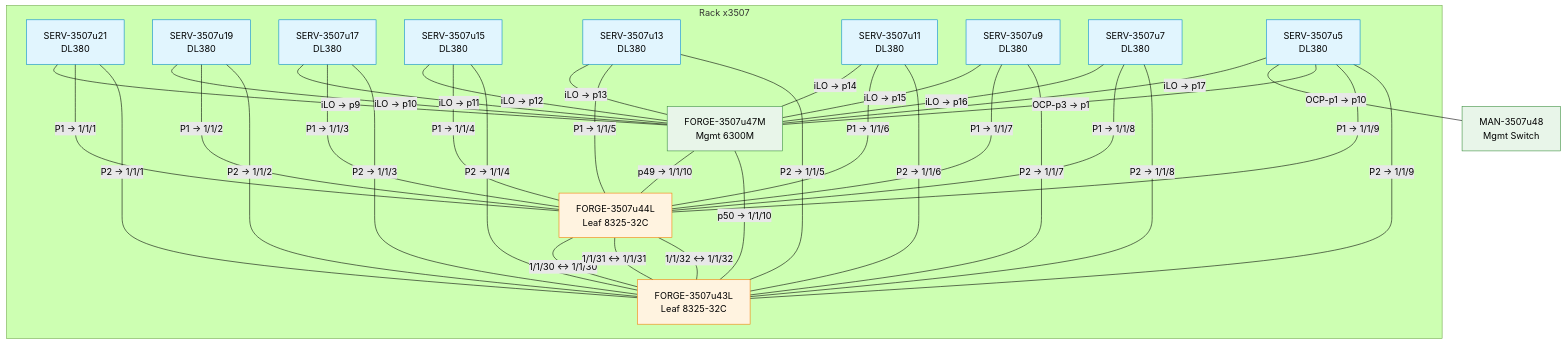
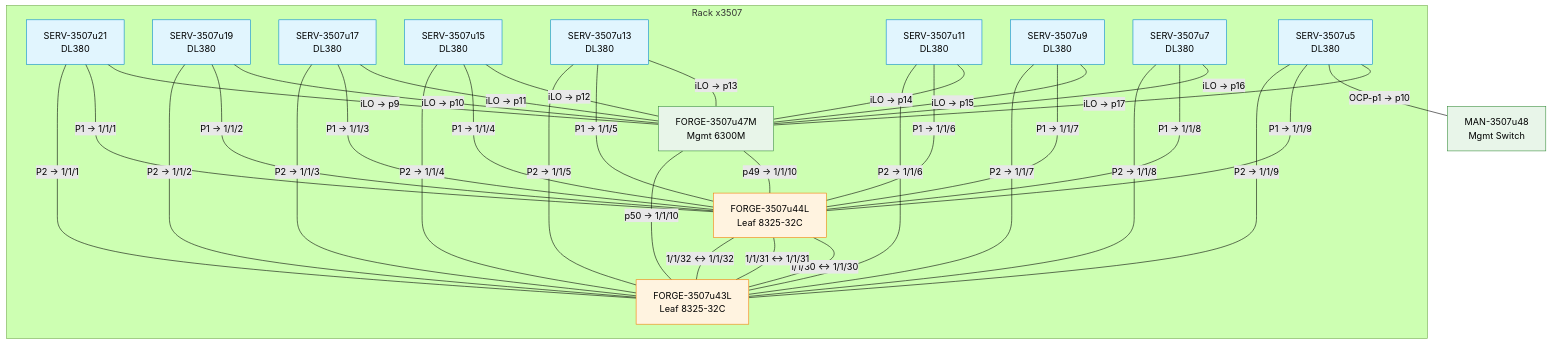
One commit to Cray-HPE/cani changed the second of 3 diagrams in gnv2.md. Above: the diagram before and after it, drawn with Mermaid (forest theme). The commit also changed other lines of this file, not shown here.

````diff
--- a/gnv2.md
+++ b/gnv2.md
@@ -74,68 +71,67 @@
 ```mermaid
 graph TB
     classDef server fill:#e1f5fe,stroke:#0288d1,color:#000
     classDef mgmt fill:#e8f5e9,stroke:#388e3c,color:#000
     classDef leaf fill:#fff3e0,stroke:#f57c00,color:#000
 
     subgraph x3507["Rack x3507"]
         SERV21["SERV-3507u21<br/>DL380"]:::server
         SERV19["SERV-3507u19<br/>DL380"]:::server
         SERV17["SERV-3507u17<br/>DL380"]:::server
         SERV15["SERV-3507u15<br/>DL380"]:::server
         SERV13["SERV-3507u13<br/>DL380"]:::server
         SERV11["SERV-3507u11<br/>DL380"]:::server
         SERV9["SERV-3507u9<br/>DL380"]:::server
         SERV7["SERV-3507u7<br/>DL380"]:::server
         SERV5["SERV-3507u5<br/>DL380"]:::server
         FORGE3507u47M["FORGE-3507u47M<br/>Mgmt 6300M"]:::mgmt
         FORGE3507u44L["FORGE-3507u44L<br/>Leaf 8325-32C"]:::leaf
         FORGE3507u43L["FORGE-3507u43L<br/>Leaf 8325-32C"]:::leaf
     end
 
     MAN3507u48["MAN-3507u48<br/>Mgmt Switch"]:::mgmt
 
     %% ── LAYER 1: Management iLO (1GbE, CAT6) ──
 
     SERV21 -- "iLO → p9" --- FORGE3507u47M
     SERV19 -- "iLO → p10" --- FORGE3507u47M
     SERV17 -- "iLO → p11" --- FORGE3507u47M
     SERV15 -- "iLO → p12" --- FORGE3507u47M
     SERV13 -- "iLO → p13" --- FORGE3507u47M
     SERV11 -- "iLO → p14" --- FORGE3507u47M
     SERV9 -- "iLO → p15" --- FORGE3507u47M
     SERV7 -- "iLO → p16" --- FORGE3507u47M
     SERV5 -- "iLO → p17" --- FORGE3507u47M
     SERV5 -- "OCP-p1 → p10" --- MAN3507u48
-    SERV5 -- "OCP-p3 → p1" --- FORGE3507u47M
 
     %% ── LAYER 1b: Mgmt switch SFP28 uplinks → leaf pairs (10G DAC) ──
 
     FORGE3507u47M -- "p49 → 1/1/10" --- FORGE3507u44L
     FORGE3507u47M -- "p50 → 1/1/10" --- FORGE3507u43L
 
     %% ── LAYER 1c: 100GbE Leaf — DL380 CX6 dual-homed (QSFP28 DAC 3m) ──
 
     SERV21 -- "P1 → 1/1/1" --- FORGE3507u44L
     SERV21 -- "P2 → 1/1/1" --- FORGE3507u43L
     SERV19 -- "P1 → 1/1/2" --- FORGE3507u44L
     SERV19 -- "P2 → 1/1/2" --- FORGE3507u43L
     SERV17 -- "P1 → 1/1/3" --- FORGE3507u44L
     SERV17 -- "P2 → 1/1/3" --- FORGE3507u43L
     SERV15 -- "P1 → 1/1/4" --- FORGE3507u44L
     SERV15 -- "P2 → 1/1/4" --- FORGE3507u43L
     SERV13 -- "P1 → 1/1/5" --- FORGE3507u44L
     SERV13 -- "P2 → 1/1/5" --- FORGE3507u43L
     SERV11 -- "P1 → 1/1/6" --- FORGE3507u44L
     SERV11 -- "P2 → 1/1/6" --- FORGE3507u43L
     SERV9 -- "P1 → 1/1/7" --- FORGE3507u44L
     SERV9 -- "P2 → 1/1/7" --- FORGE3507u43L
     SERV7 -- "P1 → 1/1/8" --- FORGE3507u44L
     SERV7 -- "P2 → 1/1/8" --- FORGE3507u43L
     SERV5 -- "P1 → 1/1/9" --- FORGE3507u44L
     SERV5 -- "P2 → 1/1/9" --- FORGE3507u43L
 
     %% ── x3507 ISL: u44L ↔ u43L (VSX) ──
     FORGE3507u44L -- "1/1/30 ↔ 1/1/30" --- FORGE3507u43L
     FORGE3507u44L -- "1/1/31 ↔ 1/1/31" --- FORGE3507u43L
     FORGE3507u44L -- "1/1/32 ↔ 1/1/32" --- FORGE3507u43L
 ```
````
